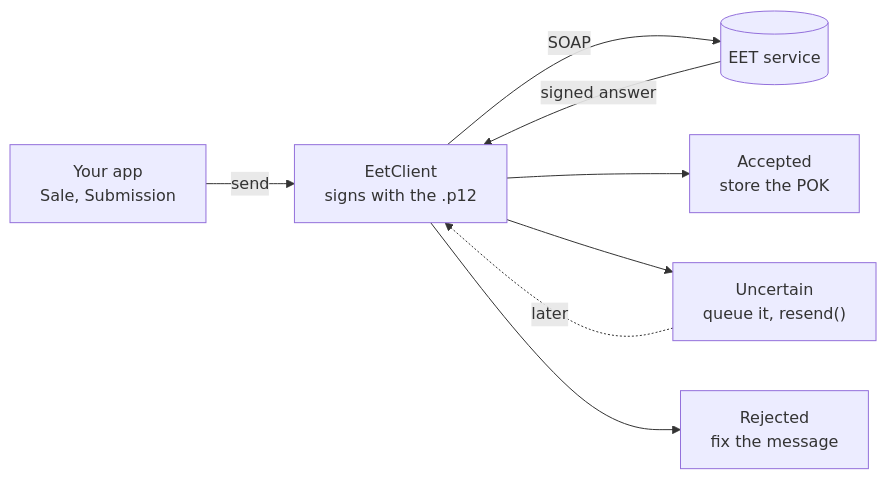
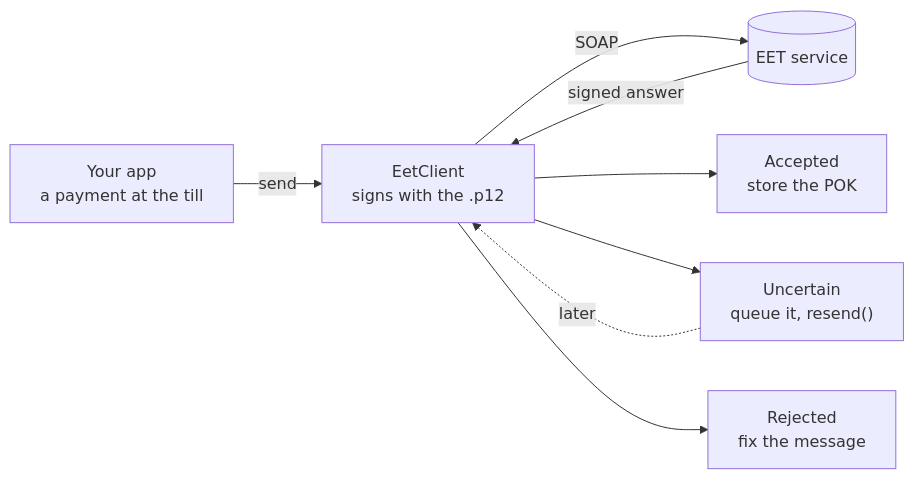
The diagram in README.md (landsman/eet-client), drawn with Mermaid before and after one commit.

Commit message:
docs: name the diagram's first box in plain words, not class names

````diff
--- a/README.md
+++ b/README.md
@@ -8,10 +8,10 @@
 ```mermaid
 flowchart LR
-    app["Your app<br/>Sale, Submission"] -->|send| client["EetClient<br/>signs with the .p12"]
+    app["Your app<br/>a payment at the till"] -->|send| client["EetClient<br/>signs with the .p12"]
     client -->|SOAP| eet[("EET service")]
     eet -->|signed answer| client
     client --> accepted["Accepted<br/>store the POK"]
     client --> uncertain["Uncertain<br/>queue it, resend()"]
     client --> rejected["Rejected<br/>fix the message"]
     uncertain -.->|later| client
 ```
````
